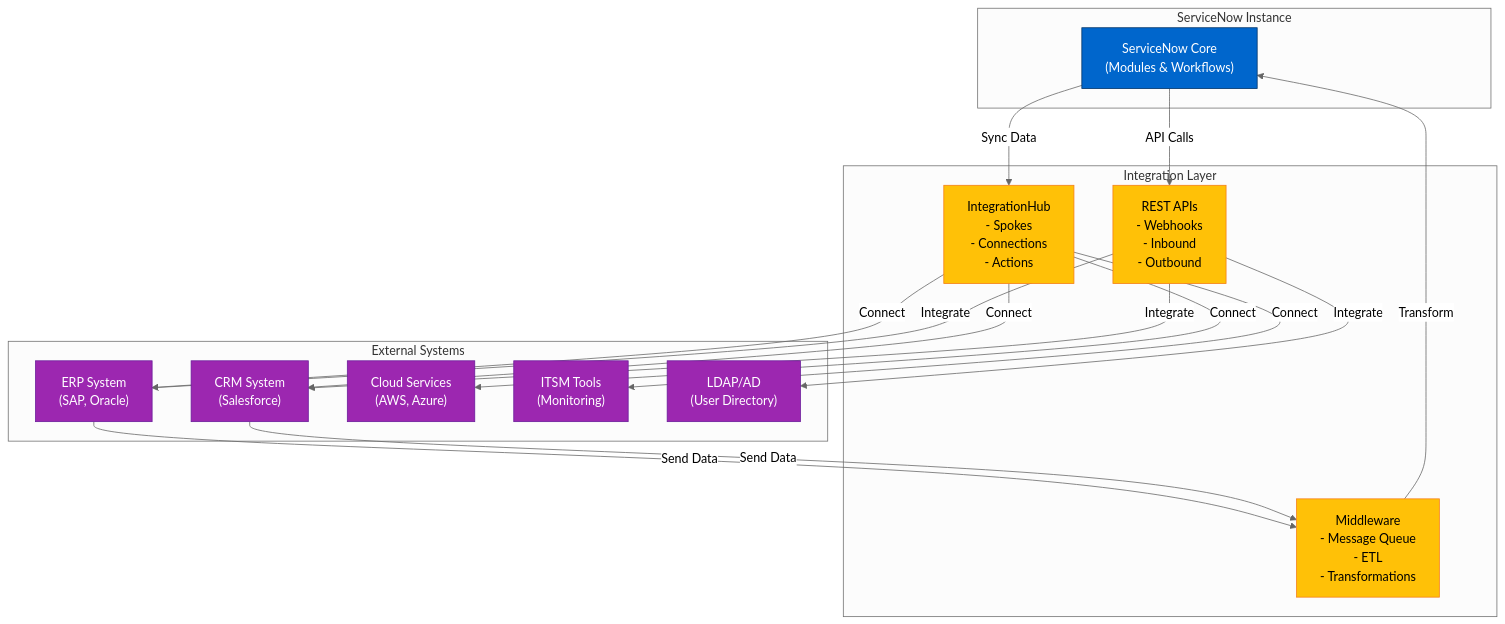
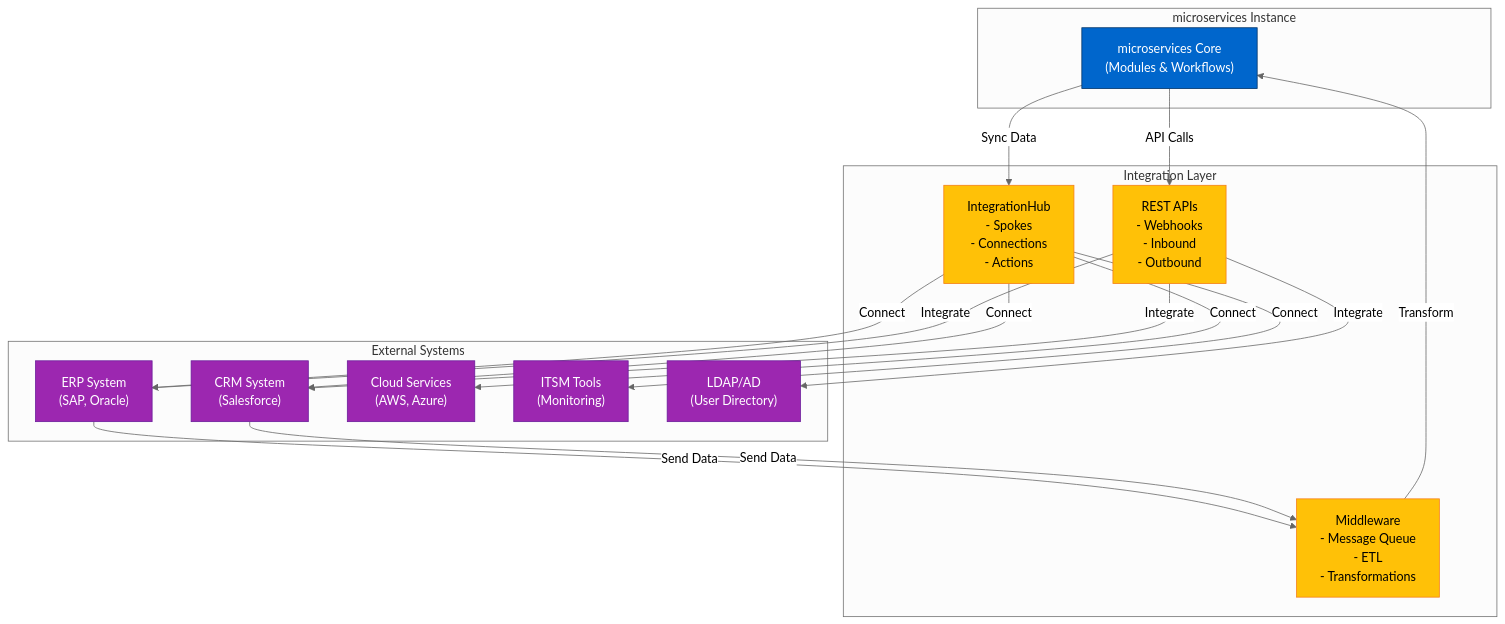
One commit to kmkrr51/Microservices-reactjs-springboot changed diagram 12 of 13 in ref/servicenow_c4_architecture.md. Above: the diagram before and after it, drawn with Mermaid (neutral theme). The commit also changed other lines of this file and 36 other files, not shown here.

````diff
--- a/ref/servicenow_c4_architecture.md
+++ b/ref/servicenow_c4_architecture.md
@@ -548,45 +548,45 @@
 ```mermaid
 graph TB
-    subgraph "ServiceNow Instance"
-        SN_Core["ServiceNow Core<br/>(Modules & Workflows)"]
+    subgraph "microservices Instance"
+        SN_Core["microservices Core<br/>(Modules & Workflows)"]
     end
     
     subgraph "External Systems"
         ERP["ERP System<br/>(SAP, Oracle)"]
         CRM["CRM System<br/>(Salesforce)"]
         Cloud["Cloud Services<br/>(AWS, Azure)"]
         ITSM_Tools["ITSM Tools<br/>(Monitoring)"]
         LDAP["LDAP/AD<br/>(User Directory)"]
     end
     
     subgraph "Integration Layer"
         IntHub["IntegrationHub<br/>- Spokes<br/>- Connections<br/>- Actions"]
         API["REST APIs<br/>- Webhooks<br/>- Inbound<br/>- Outbound"]
         Middleware["Middleware<br/>- Message Queue<br/>- ETL<br/>- Transformations"]
     end
     
     SN_Core -->|"Sync Data"| IntHub
     IntHub -->|"Connect"| ERP
     IntHub -->|"Connect"| CRM
     IntHub -->|"Connect"| Cloud
     IntHub -->|"Connect"| ITSM_Tools
     
     SN_Core -->|"API Calls"| API
     API -->|"Integrate"| ERP
     API -->|"Integrate"| CRM
     API -->|"Integrate"| LDAP
     
     Middleware -->|"Transform"| SN_Core
     ERP -->|"Send Data"| Middleware
     CRM -->|"Send Data"| Middleware
     
     style SN_Core fill:#0066cc,stroke:#003366,color:#fff
     style IntHub fill:#FFC107,stroke:#F57F17,color:#000
     style API fill:#FFC107,stroke:#F57F17,color:#000
     style Middleware fill:#FFC107,stroke:#F57F17,color:#000
     style ERP fill:#9C27B0,stroke:#6A1B9A,color:#fff
     style CRM fill:#9C27B0,stroke:#6A1B9A,color:#fff
     style Cloud fill:#9C27B0,stroke:#6A1B9A,color:#fff
     style ITSM_Tools fill:#9C27B0,stroke:#6A1B9A,color:#fff
     style LDAP fill:#9C27B0,stroke:#6A1B9A,color:#fff
 ```
````
